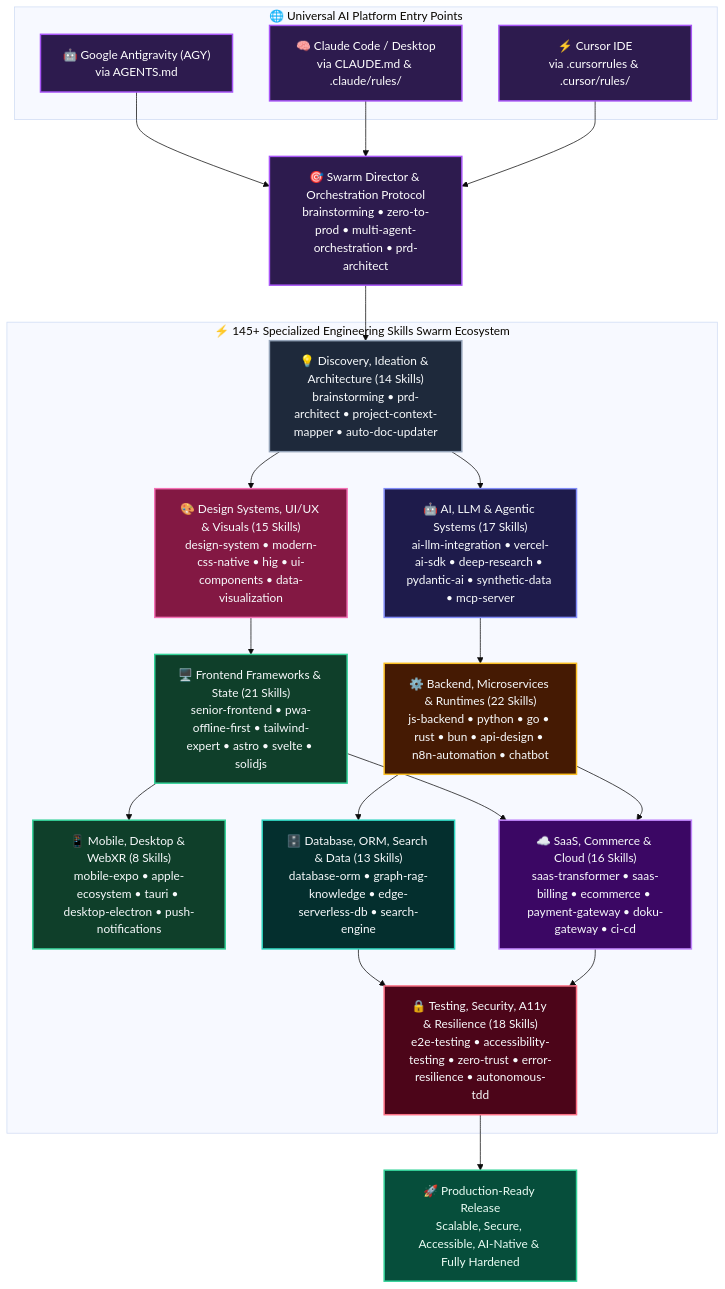
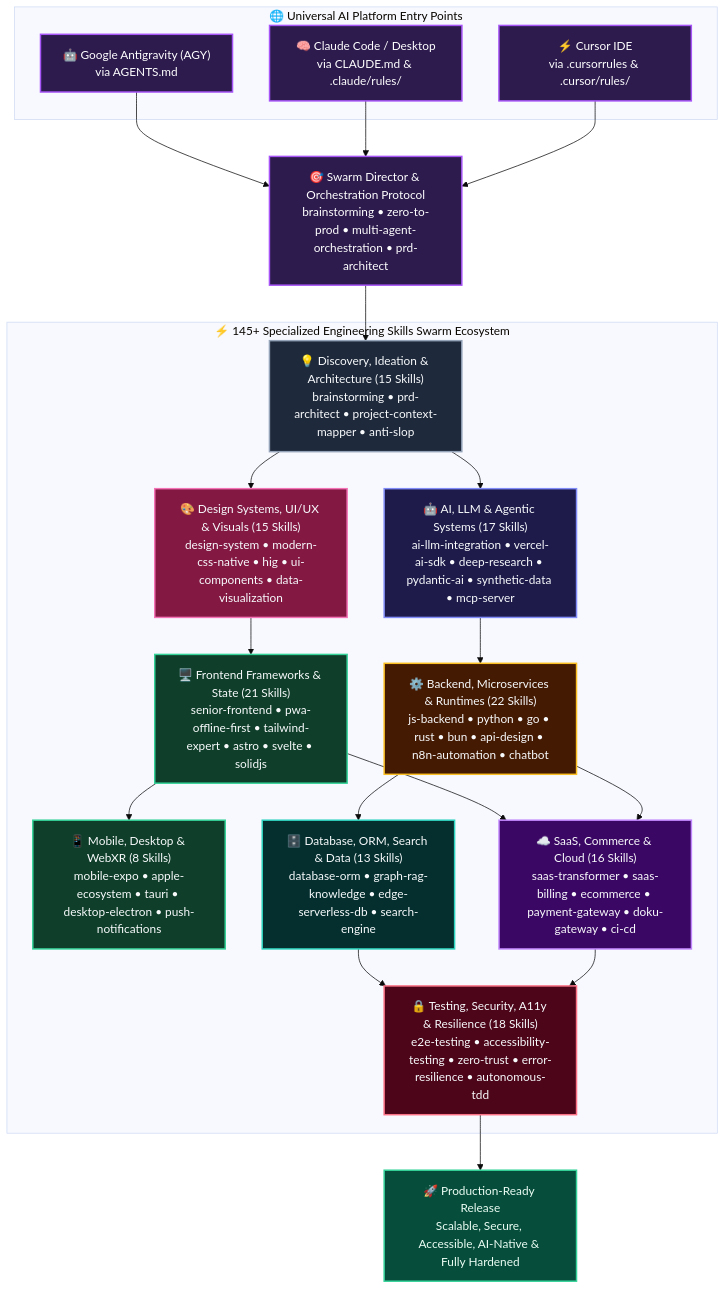
One commit to roedyrustam/vibes-plug changed the diagram in README.md. Above: the diagram before and after it, drawn with Mermaid (base theme). The commit also changed other lines of this file, not shown here.

Commit message:
chore: update version to v2.13.0, add anti-slop skill, and localize documentation to Indonesian

````diff
--- a/README.md
+++ b/README.md
@@ -16,64 +16,64 @@
 ```mermaid
 graph TD
     subgraph PLATFORMS["🌐 Universal AI Platform Entry Points"]
         AGY["🤖 Google Antigravity (AGY)<br/>via AGENTS.md"]
         CLAUDE["🧠 Claude Code / Desktop<br/>via CLAUDE.md & .claude/rules/"]
         CURSOR["⚡ Cursor IDE<br/>via .cursorrules & .cursor/rules/"]
     end
 
     DIRECTOR["🎯 Swarm Director & Orchestration Protocol<br/>brainstorming • zero-to-prod • multi-agent-orchestration • prd-architect"]
 
     subgraph SWARM["⚡ 145+ Specialized Engineering Skills Swarm Ecosystem"]
-        D1["💡 Discovery, Ideation & Architecture (14 Skills)<br/>brainstorming • prd-architect • project-context-mapper • auto-doc-updater"]
+        D1["💡 Discovery, Ideation & Architecture (15 Skills)<br/>brainstorming • prd-architect • project-context-mapper • anti-slop"]
         D2["🤖 AI, LLM & Agentic Systems (17 Skills)<br/>ai-llm-integration • vercel-ai-sdk • deep-research • pydantic-ai • synthetic-data • mcp-server"]
         D3["🎨 Design Systems, UI/UX & Visuals (15 Skills)<br/>design-system • modern-css-native • hig • ui-components • data-visualization"]
         D4["🖥️ Frontend Frameworks & State (21 Skills)<br/>senior-frontend • pwa-offline-first • tailwind-expert • astro • svelte • solidjs"]
         D5["📱 Mobile, Desktop & WebXR (8 Skills)<br/>mobile-expo • apple-ecosystem • tauri • desktop-electron • push-notifications"]
         D6["⚙️ Backend, Microservices & Runtimes (22 Skills)<br/>js-backend • python • go • rust • bun • api-design • n8n-automation • chatbot"]
         D7["🗄️ Database, ORM, Search & Data (13 Skills)<br/>database-orm • graph-rag-knowledge • edge-serverless-db • search-engine"]
         D8["☁️ SaaS, Commerce & Cloud (16 Skills)<br/>saas-transformer • saas-billing • ecommerce • payment-gateway • doku-gateway • ci-cd"]
         D9["🔒 Testing, Security, A11y & Resilience (18 Skills)<br/>e2e-testing • accessibility-testing • zero-trust • error-resilience • autonomous-tdd"]
     end
 
     PROD["🚀 Production-Ready Release<br/>Scalable, Secure, Accessible, AI-Native & Fully Hardened"]
 
     AGY --> DIRECTOR
     CLAUDE --> DIRECTOR
     CURSOR --> DIRECTOR
 
     DIRECTOR --> D1
     D1 --> D2
     D1 --> D3
     D2 --> D6
     D3 --> D4
     D4 --> D5
     D4 --> D8
     D6 --> D7
     D6 --> D8
     D7 --> D9
     D8 --> D9
     D9 --> PROD
 
     classDef hero fill:#2d1b4e,stroke:#a855f7,stroke-width:2px,color:#fff;
     classDef ai fill:#1e1b4b,stroke:#818cf8,stroke-width:2px,color:#f8fafc;
     classDef ui fill:#831843,stroke:#f472b6,stroke-width:2px,color:#f8fafc;
     classDef front fill:#0f3f2a,stroke:#34d399,stroke-width:2px,color:#f8fafc;
     classDef back fill:#451a03,stroke:#fbbf24,stroke-width:2px,color:#f8fafc;
     classDef saas fill:#3b0764,stroke:#c084fc,stroke-width:2px,color:#f8fafc;
     classDef db fill:#042f2e,stroke:#2dd4bf,stroke-width:2px,color:#f8fafc;
     classDef sec fill:#4c0519,stroke:#fb7185,stroke-width:2px,color:#f8fafc;
     classDef util fill:#1e293b,stroke:#94a3b8,stroke-width:2px,color:#f8fafc;
     classDef target fill:#064e3b,stroke:#34d399,stroke-width:2px,color:#ecfdf5;
 
     class AGY,CLAUDE,CURSOR,DIRECTOR hero;
     class D1 util;
     class D2 ai;
     class D3 ui;
     class D4 front;
     class D5 front;
     class D6 back;
     class D7 db;
     class D8 saas;
     class D9 sec;
     class PROD target;
 ```
````
